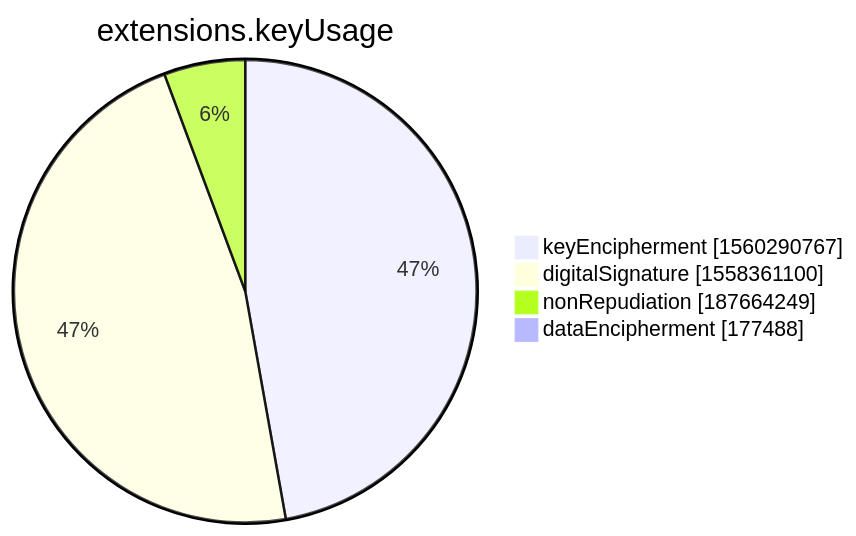
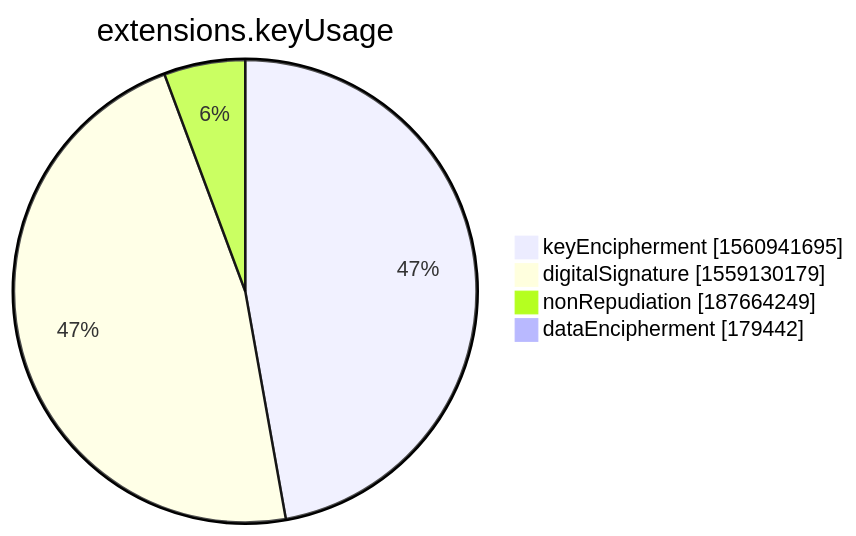
The seventh of 15 diagrams in xenon2022/README.md (christiankrug/ctmonitor_visualization), drawn with Mermaid before and after one commit. The commit also changed other lines of this file, not shown here.

````diff
--- a/xenon2022/README.md
+++ b/xenon2022/README.md
@@ -2852,8 +2852,8 @@
 ```mermaid
 pie showData
 title extensions.keyUsage
-"keyEncipherment" :1560290767
-"digitalSignature" :1558361100
+"keyEncipherment" :1560941695
+"digitalSignature" :1559130179
 "nonRepudiation" :187664249
-"dataEncipherment" :177488
+"dataEncipherment" :179442
 ```
````
